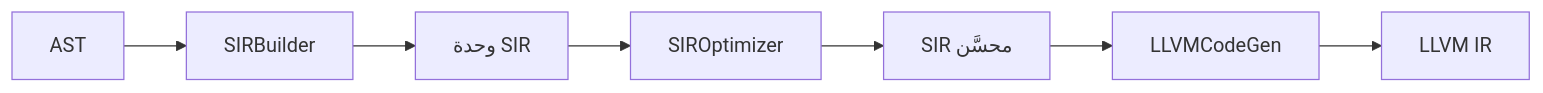
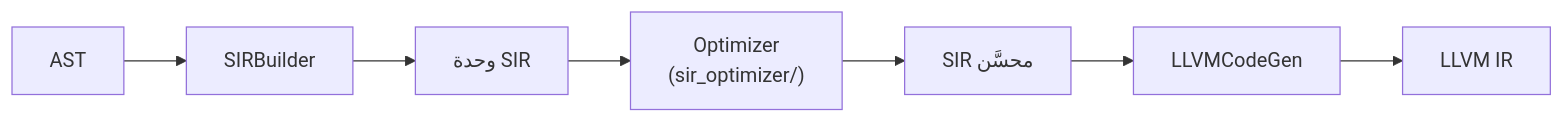
Before and after one commit to sadlang/dev-guide: the diagram in src/backend/sir.md, drawn with Mermaid. The commit also changed other lines of this file and 13 other files, not shown here.

````diff
--- a/src/backend/sir.md
+++ b/src/backend/sir.md
@@ -22,6 +23,6 @@
 ```mermaid
 flowchart LR
   AST --> SB["SIRBuilder"] --> SIR["وحدة SIR"]
-  SIR --> SO["SIROptimizer"] --> SIR2["SIR محسَّن"]
+  SIR --> SO["Optimizer<br/>(sir_optimizer/)"] --> SIR2["SIR محسَّن"]
   SIR2 --> CG["LLVMCodeGen"] --> IR["LLVM IR"]
 ```
````
